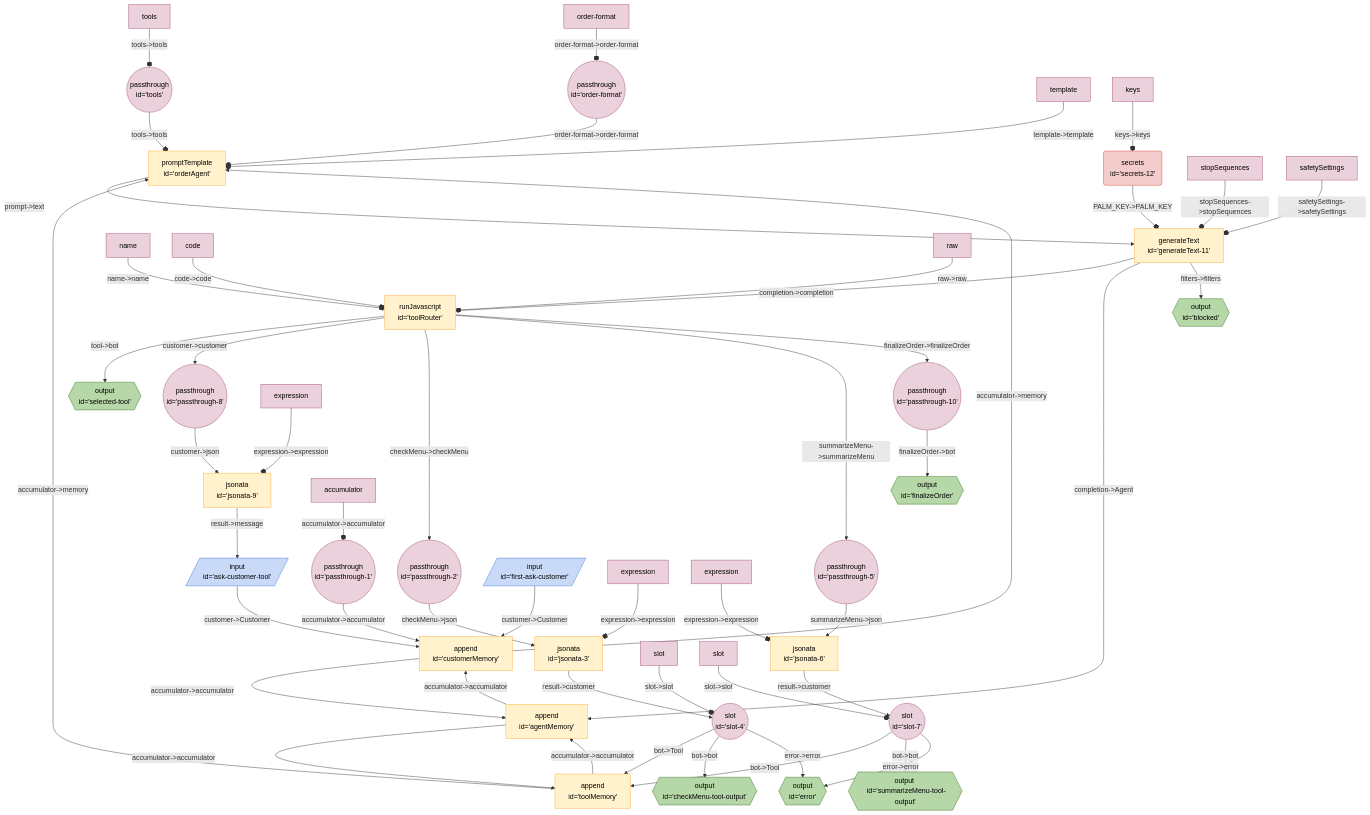
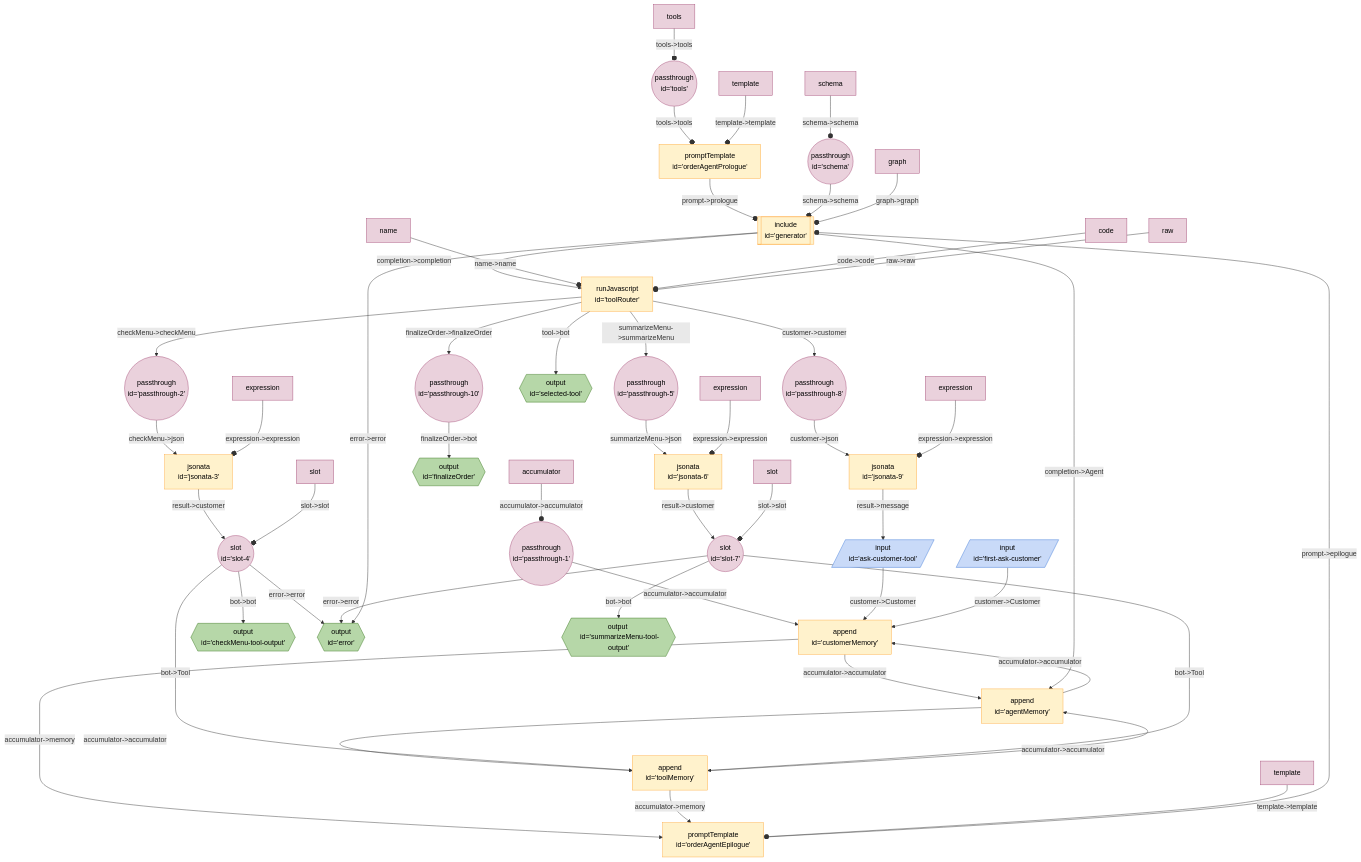
One commit to breadboard-ai/breadboard changed the diagram in seeds/coffee-bot-board/docs/order-agent.md. Above: the diagram before and after it, drawn with Mermaid. The commit also changed 9 other files, not shown here.

````diff
--- a/seeds/coffee-bot-board/docs/order-agent.md
+++ b/seeds/coffee-bot-board/docs/order-agent.md
@@ -3,61 +3,60 @@
 ```mermaid
 %%{init: 'themeVariables': { 'fontFamily': 'Fira Code, monospace' }}%%
 graph TD;
-tools(("passthrough <br> id='tools'")):::passthrough -- "tools->tools" --o orderAgent["promptTemplate <br> id='orderAgent'"]
-orderformat(("passthrough <br> id='order-format'")):::passthrough -- "order-format->order-format" --o orderAgent["promptTemplate <br> id='orderAgent'"]
+tools(("passthrough <br> id='tools'")):::passthrough -- "tools->tools" --o orderAgentPrologue["promptTemplate <br> id='orderAgentPrologue'"]
 passthrough1(("passthrough <br> id='passthrough-1'")):::passthrough -- "accumulator->accumulator" --> customerMemory["append <br> id='customerMemory'"]
 customerMemory["append <br> id='customerMemory'"] -- "accumulator->accumulator" --> agentMemory["append <br> id='agentMemory'"]
 agentMemory["append <br> id='agentMemory'"] -- "accumulator->accumulator" --> toolMemory["append <br> id='toolMemory'"]
 agentMemory["append <br> id='agentMemory'"] -- "accumulator->accumulator" --> customerMemory["append <br> id='customerMemory'"]
 toolMemory["append <br> id='toolMemory'"] -- "accumulator->accumulator" --> agentMemory["append <br> id='agentMemory'"]
-customerMemory["append <br> id='customerMemory'"] -- "accumulator->memory" --> orderAgent["promptTemplate <br> id='orderAgent'"]
-toolMemory["append <br> id='toolMemory'"] -- "accumulator->memory" --> orderAgent["promptTemplate <br> id='orderAgent'"]
+customerMemory["append <br> id='customerMemory'"] -- "accumulator->memory" --> orderAgentEpilogue["promptTemplate <br> id='orderAgentEpilogue'"]
+toolMemory["append <br> id='toolMemory'"] -- "accumulator->memory" --> orderAgentEpilogue["promptTemplate <br> id='orderAgentEpilogue'"]
 slot4(("slot <br> id='slot-4'")):::slot -- "bot->Tool" --> toolMemory["append <br> id='toolMemory'"]
 slot4(("slot <br> id='slot-4'")):::slot -- "bot->bot" --> checkMenutooloutput{{"output <br> id='checkMenu-tool-output'"}}:::output
 slot4(("slot <br> id='slot-4'")):::slot -- "error->error" --> error{{"output <br> id='error'"}}:::output
 jsonata3["jsonata <br> id='jsonata-3'"] -- "result->customer" --> slot4(("slot <br> id='slot-4'")):::slot
 passthrough2(("passthrough <br> id='passthrough-2'")):::passthrough -- "checkMenu->json" --> jsonata3["jsonata <br> id='jsonata-3'"]
 slot7(("slot <br> id='slot-7'")):::slot -- "bot->Tool" --> toolMemory["append <br> id='toolMemory'"]
 slot7(("slot <br> id='slot-7'")):::slot -- "bot->bot" --> summarizeMenutooloutput{{"output <br> id='summarizeMenu-tool-output'"}}:::output
 slot7(("slot <br> id='slot-7'")):::slot -- "error->error" --> error{{"output <br> id='error'"}}:::output
 jsonata6["jsonata <br> id='jsonata-6'"] -- "result->customer" --> slot7(("slot <br> id='slot-7'")):::slot
 passthrough5(("passthrough <br> id='passthrough-5'")):::passthrough -- "summarizeMenu->json" --> jsonata6["jsonata <br> id='jsonata-6'"]
 askcustomertool[/"input <br> id='ask-customer-tool'"/]:::input -- "customer->Customer" --> customerMemory["append <br> id='customerMemory'"]
 jsonata9["jsonata <br> id='jsonata-9'"] -- "result->message" --> askcustomertool[/"input <br> id='ask-customer-tool'"/]:::input
 passthrough8(("passthrough <br> id='passthrough-8'")):::passthrough -- "customer->json" --> jsonata9["jsonata <br> id='jsonata-9'"]
 passthrough10(("passthrough <br> id='passthrough-10'")):::passthrough -- "finalizeOrder->bot" --> finalizeOrder{{"output <br> id='finalizeOrder'"}}:::output
 toolRouter["runJavascript <br> id='toolRouter'"] -- "tool->bot" --> selectedtool{{"output <br> id='selected-tool'"}}:::output
 toolRouter["runJavascript <br> id='toolRouter'"] -- "customer->customer" --> passthrough8(("passthrough <br> id='passthrough-8'")):::passthrough
 toolRouter["runJavascript <br> id='toolRouter'"] -- "checkMenu->checkMenu" --> passthrough2(("passthrough <br> id='passthrough-2'")):::passthrough
 toolRouter["runJavascript <br> id='toolRouter'"] -- "summarizeMenu->summarizeMenu" --> passthrough5(("passthrough <br> id='passthrough-5'")):::passthrough
 toolRouter["runJavascript <br> id='toolRouter'"] -- "finalizeOrder->finalizeOrder" --> passthrough10(("passthrough <br> id='passthrough-10'")):::passthrough
 firstaskcustomer[/"input <br> id='first-ask-customer'"/]:::input -- "customer->Customer" --> customerMemory["append <br> id='customerMemory'"]
-secrets12("secrets <br> id='secrets-12'"):::secrets -- "PALM_KEY->PALM_KEY" --o generateText11["generateText <br> id='generateText-11'"]
-generateText11["generateText <br> id='generateText-11'"] -- "completion->completion" --> toolRouter["runJavascript <br> id='toolRouter'"]
-generateText11["generateText <br> id='generateText-11'"] -- "completion->Agent" --> agentMemory["append <br> id='agentMemory'"]
-generateText11["generateText <br> id='generateText-11'"] -- "filters->filters" --> blocked{{"output <br> id='blocked'"}}:::output
-orderAgent["promptTemplate <br> id='orderAgent'"] -- "prompt->text" --> generateText11["generateText <br> id='generateText-11'"]
-templateorderAgent[template]:::config -- "template->template" --o orderAgent
+orderAgentPrologue["promptTemplate <br> id='orderAgentPrologue'"] -- "prompt->prologue" --o generator[["include <br> id='generator'"]]:::include
+orderAgentEpilogue["promptTemplate <br> id='orderAgentEpilogue'"] -- "prompt->epilogue" --o generator[["include <br> id='generator'"]]:::include
+schema(("passthrough <br> id='schema'")):::passthrough -- "schema->schema" --o generator[["include <br> id='generator'"]]:::include
+generator[["include <br> id='generator'"]]:::include -- "completion->completion" --> toolRouter["runJavascript <br> id='toolRouter'"]
+generator[["include <br> id='generator'"]]:::include -- "completion->Agent" --> agentMemory["append <br> id='agentMemory'"]
+generator[["include <br> id='generator'"]]:::include -- "error->error" --> error{{"output <br> id='error'"}}:::output
+templateorderAgentPrologue[template]:::config -- "template->template" --o orderAgentPrologue
 toolstools[tools]:::config -- "tools->tools" --o tools
-orderformatorderformat[order-format]:::config -- "order-format->order-format" --o orderformat
+schemaschema[schema]:::config -- "schema->schema" --o schema
+templateorderAgentEpilogue[template]:::config -- "template->template" --o orderAgentEpilogue
 accumulatorpassthrough1[accumulator]:::config -- "accumulator->accumulator" --o passthrough1
 expressionjsonata3[expression]:::config -- "expression->expression" --o jsonata3
 slotslot4[slot]:::config -- "slot->slot" --o slot4
 expressionjsonata6[expression]:::config -- "expression->expression" --o jsonata6
 slotslot7[slot]:::config -- "slot->slot" --o slot7
 expressionjsonata9[expression]:::config -- "expression->expression" --o jsonata9
 nametoolRouter[name]:::config -- "name->name" --o toolRouter
 codetoolRouter[code]:::config -- "code->code" --o toolRouter
 rawtoolRouter[raw]:::config -- "raw->raw" --o toolRouter
-stopSequencesgenerateText11[stopSequences]:::config -- "stopSequences->stopSequences" --o generateText11
-safetySettingsgenerateText11[safetySettings]:::config -- "safetySettings->safetySettings" --o generateText11
-keyssecrets12[keys]:::config -- "keys->keys" --o secrets12
+graphgenerator[graph]:::config -- "graph->graph" --o generator
 classDef default stroke:#ffab40,fill:#fff2ccff,color:#000
 classDef input stroke:#3c78d8,fill:#c9daf8ff,color:#000
 classDef output stroke:#38761d,fill:#b6d7a8ff,color:#000
 classDef passthrough stroke:#a64d79,fill:#ead1dcff,color:#000
 classDef slot stroke:#a64d79,fill:#ead1dcff,color:#000
 classDef config stroke:#a64d79,fill:#ead1dcff,color:#000
 classDef secrets stroke:#db4437,fill:#f4cccc,color:#000
 classDef slotted stroke:#a64d79
 ```
````
